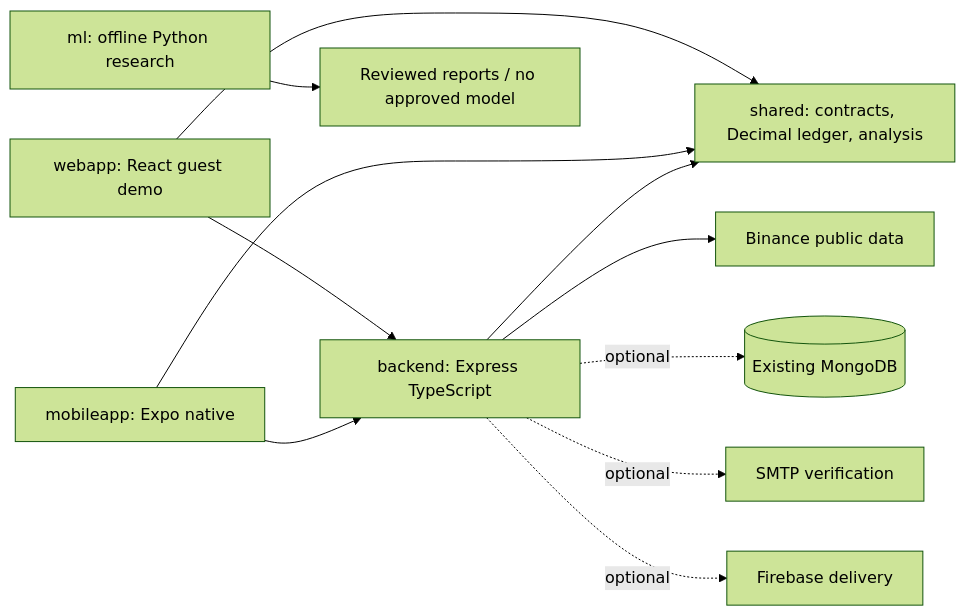
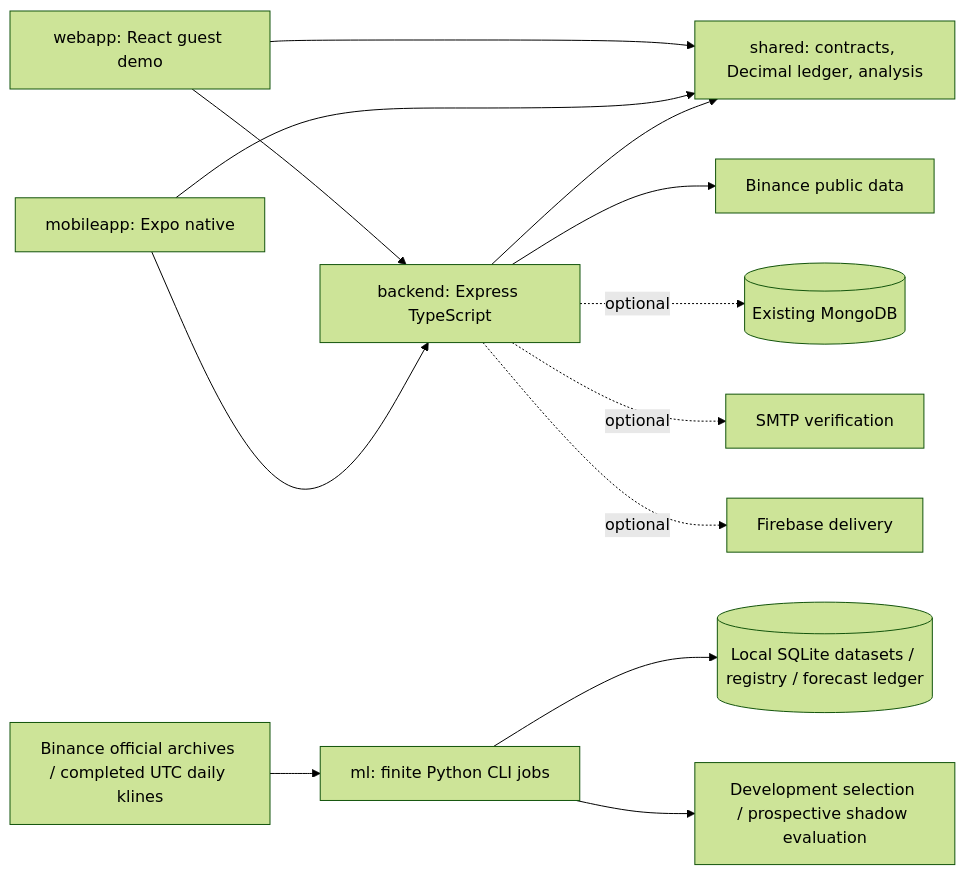
The diagram in docs/ARCHITECTURE.md (GorkemErtas/Investing-Hub), drawn with Mermaid (forest theme) before and after one commit. The commit also changed other lines of this file and 9 other files, not shown here.

````diff
--- a/docs/ARCHITECTURE.md
+++ b/docs/ARCHITECTURE.md
@@ -5,13 +5,15 @@
 ```mermaid
 flowchart LR
   Web[webapp: React guest demo] --> API[backend: Express TypeScript]
   Mobile[mobileapp: Expo native] --> API
   Web --> Shared[shared: contracts, Decimal ledger, analysis]
   Mobile --> Shared
   API --> Shared
   API --> Market[Binance public data]
   API -. optional .-> Mongo[(Existing MongoDB)]
   API -. optional .-> Mail[SMTP verification]
   API -. optional .-> FCM[Firebase delivery]
-  ML[ml: offline Python research] --> Reports[Reviewed reports / no approved model]
+  Binance[Binance official archives / completed UTC daily klines] --> CLI[ml: finite Python CLI jobs]
+  CLI --> Local[(Local SQLite datasets / registry / forecast ledger)]
+  CLI --> Reports[Development selection / prospective shadow evaluation]
 ```
````
